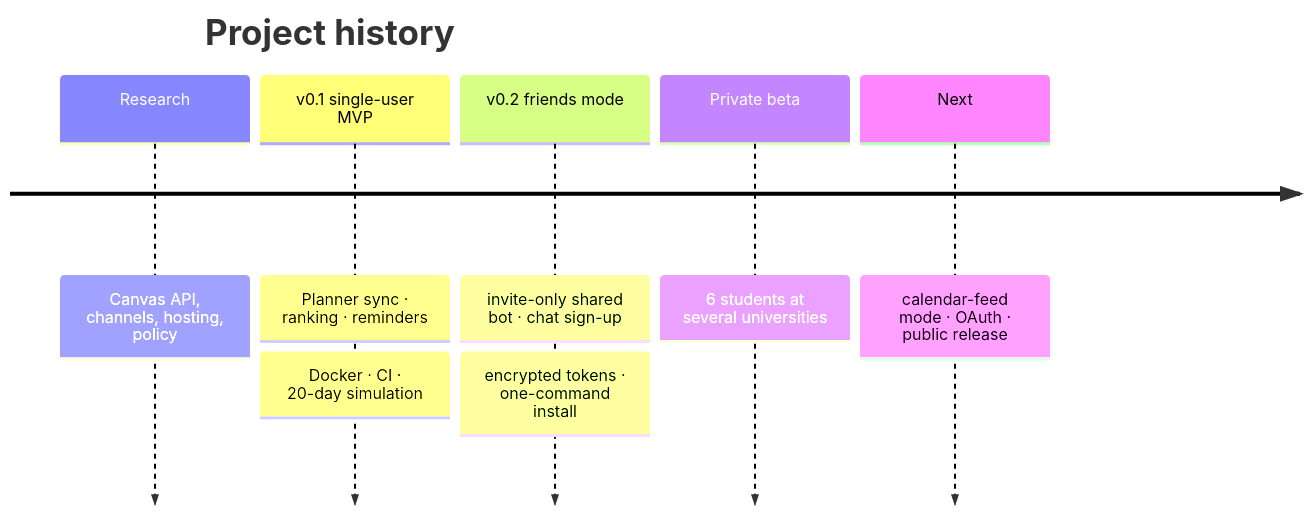
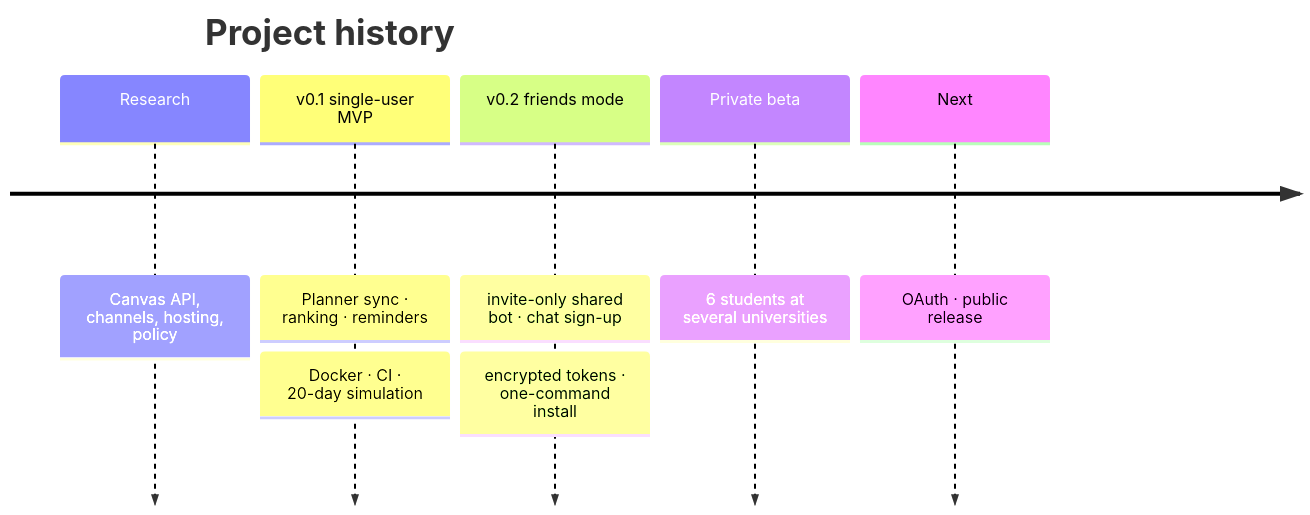
One commit to rmaytr/CanvasAssignmentTrackingBot changed the diagram in docs/README.md. Above: the diagram before and after it, drawn with Mermaid. The commit also changed 8 other files, not shown here.

First line of the commit message:
docs: calendar-feed mode in the guides, README, architecture and security

````diff
--- a/docs/README.md
+++ b/docs/README.md
@@ -25,9 +25,9 @@
 ```mermaid
 timeline
     title Project history
     Research : Canvas API, channels, hosting, policy
     v0.1 single-user MVP : Planner sync · ranking · reminders : Docker · CI · 20-day simulation
     v0.2 friends mode : invite-only shared bot · chat sign-up : encrypted tokens · one-command install
     Private beta : 6 students at several universities
-    Next : calendar-feed mode · OAuth · public release
+    Next : OAuth · public release
 ```
````
